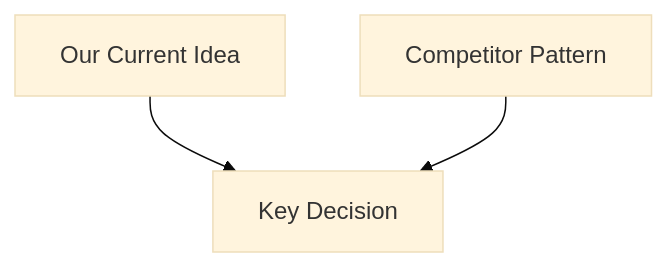
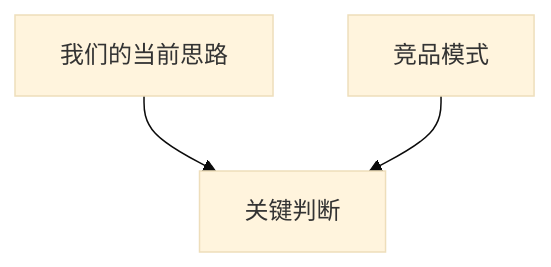
The diagram in 02_Iteration_Workspace/_Template/02_Competitor_Research.md (husinglemon-art/TMS_Shipper), drawn with Mermaid (base theme) before and after one commit. The commit also changed other lines of this file and 10 other files, not shown here.

````diff
--- a/02_Iteration_Workspace/_Template/02_Competitor_Research.md
+++ b/02_Iteration_Workspace/_Template/02_Competitor_Research.md
@@ -17,5 +17,5 @@
 ```mermaid
 graph TD
-    A[Our Current Idea] --> B[Key Decision]
-    C[Competitor Pattern] --> B
+    A[我们的当前思路] --> B[关键判断]
+    C[竞品模式] --> B
 ```
````
